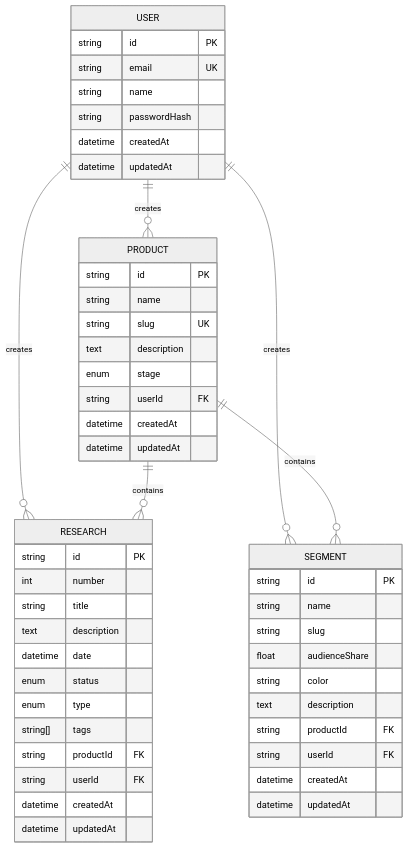
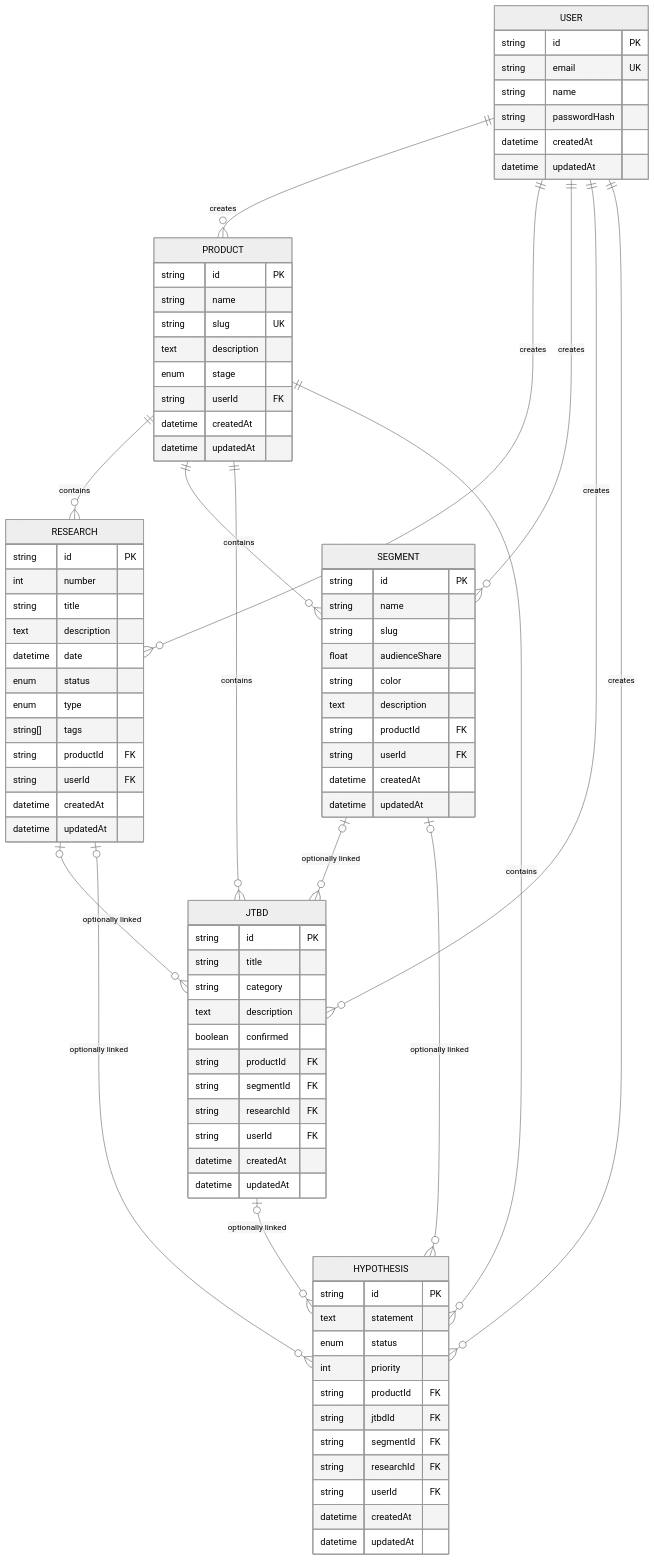
The second of 2 diagrams in plans/mvp-development-plan.md (izumvania-gif/rpm-platform), drawn with Mermaid (neutral theme) before and after one commit. The commit also changed other lines of this file and 2 other files, not shown here.

````diff
--- a/plans/mvp-development-plan.md
+++ b/plans/mvp-development-plan.md
@@ -231,9 +340,18 @@
     USER ||--o{ PRODUCT : creates
     USER ||--o{ RESEARCH : creates
     USER ||--o{ SEGMENT : creates
+    USER ||--o{ JTBD : creates
+    USER ||--o{ HYPOTHESIS : creates
     PRODUCT ||--o{ RESEARCH : contains
     PRODUCT ||--o{ SEGMENT : contains
-    
+    PRODUCT ||--o{ JTBD : contains
+    PRODUCT ||--o{ HYPOTHESIS : contains
+    SEGMENT |o--o{ JTBD : "optionally linked"
+    RESEARCH |o--o{ JTBD : "optionally linked"
+    SEGMENT |o--o{ HYPOTHESIS : "optionally linked"
+    RESEARCH |o--o{ HYPOTHESIS : "optionally linked"
+    JTBD |o--o{ HYPOTHESIS : "optionally linked"
+
     USER {
         string id PK
         string email UK
@@ -242,7 +360,7 @@
         datetime createdAt
         datetime updatedAt
     }
-    
+
     PRODUCT {
         string id PK
         string name
@@ -253,7 +371,7 @@
         datetime createdAt
         datetime updatedAt
     }
-    
+
     RESEARCH {
         string id PK
         int number
@@ -268,7 +386,7 @@
         datetime createdAt
         datetime updatedAt
     }
-    
+
     SEGMENT {
         string id PK
         string name
@@ -281,4 +399,32 @@
         datetime createdAt
         datetime updatedAt
     }
+
+    JTBD {
+        string id PK
+        string title
+        string category
+        text description
+        boolean confirmed
+        string productId FK
+        string segmentId FK
+        string researchId FK
+        string userId FK
+        datetime createdAt
+        datetime updatedAt
+    }
+
+    HYPOTHESIS {
+        string id PK
+        text statement
+        enum status
+        int priority
+        string productId FK
+        string jtbdId FK
+        string segmentId FK
+        string researchId FK
+        string userId FK
+        datetime createdAt
+        datetime updatedAt
+    }
 ```
````
